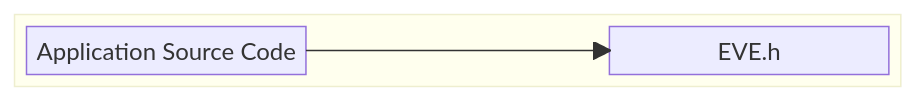
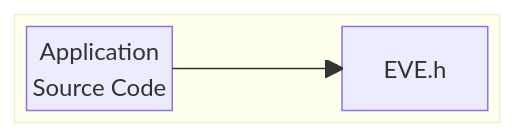
Before and after one commit to Bridgetek/Eve-MCU-Dev: the second of 11 diagrams in README.md, drawn with Mermaid. The commit also changed other lines of this file, not shown here.

Commit message:
updates for header dependency diagram readability

````diff
--- a/README.md
+++ b/README.md
@@ -274,9 +274,9 @@
 ```mermaid
 block
-  columns 3
-  block:APPLICATION[" "]:3
+  block:APPLICATION[" "]
     columns 3
-    A1["Application Source Code"] space B1["EVE.h"]
+    A1["Application <br>Source Code"] space B1["EVE.h"]
+    
+    A1 --> B1
   end
-  A1 --> B1
 ```
````
